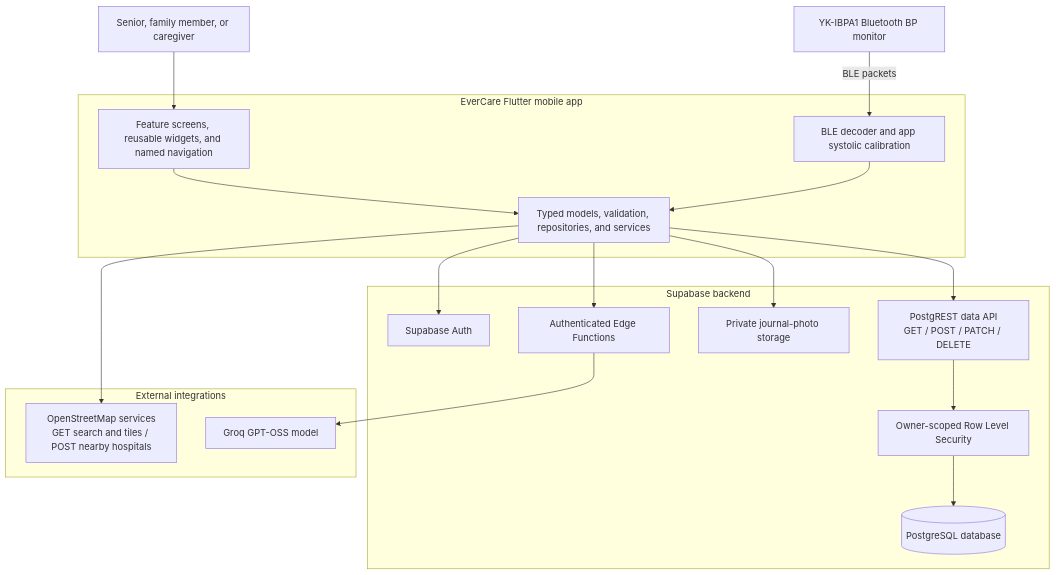
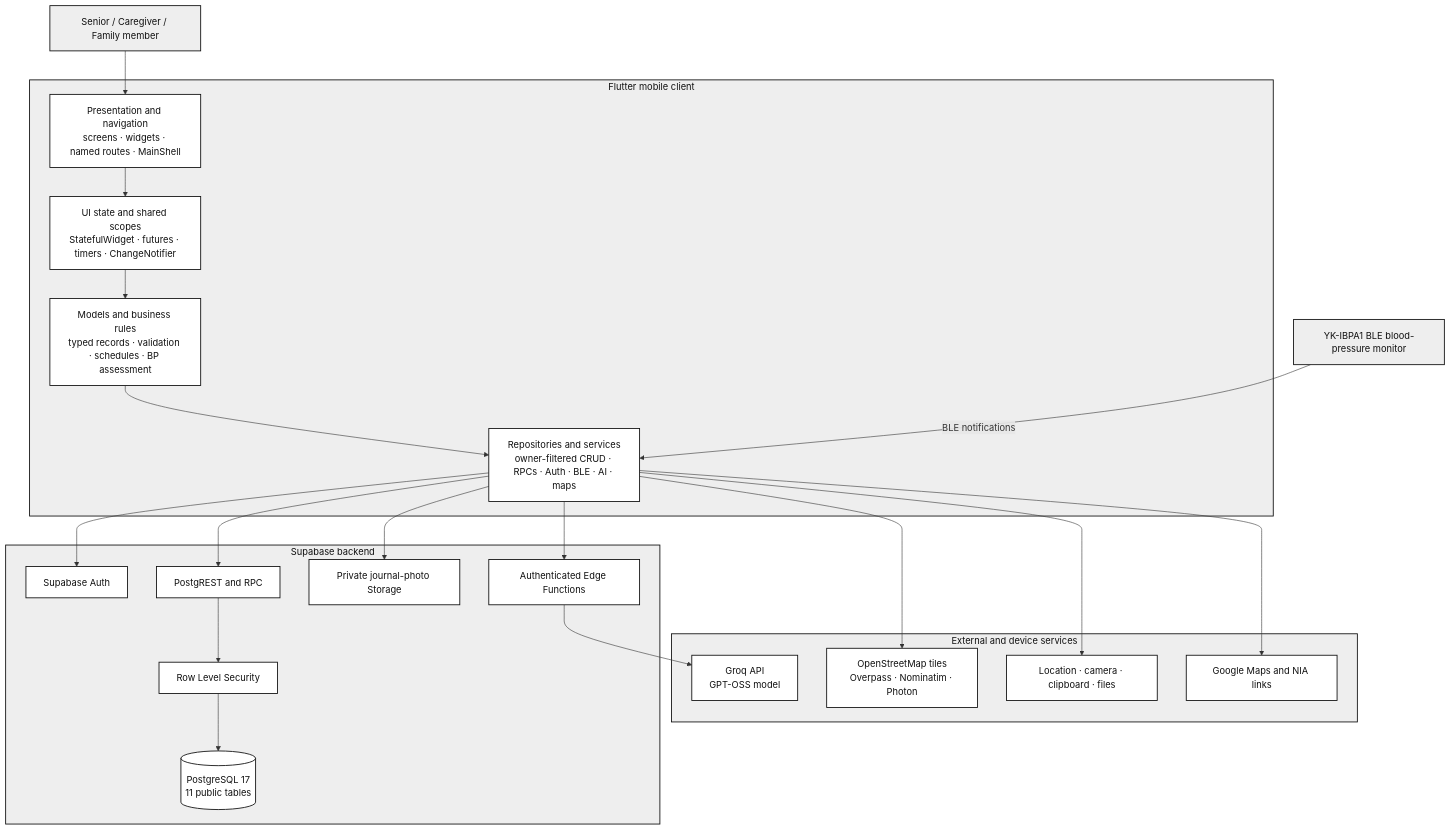
The diagram in docs/week 6/system_architecture.mmd (Brentttttttt/evercare), drawn with Mermaid before and after one commit. The commit also changed 4202 other files, not shown here.

```diff
--- a/docs/week 6/system_architecture.mmd
+++ b/docs/week 6/system_architecture.mmd
@@ -1,35 +1,47 @@
-flowchart TD
-  person[Senior, family member, or caregiver] --> ui
+%% Editable monochrome summary. The print-ready PNG is generated by
+%% docs/system_documentation/generate_diagrams.py.
+flowchart TB
+  people[Senior / Caregiver / Family member]
+  monitor[YK-IBPA1 BLE blood-pressure monitor]
 
-  subgraph mobile[EverCare Flutter mobile app]
-    ui[Feature screens, reusable widgets, and named navigation]
-    logic[Typed models, validation, repositories, and services]
-    bp[BLE decoder and app systolic calibration]
-    ui --> logic
-    bp --> logic
+  subgraph client[Flutter mobile client]
+    ui[Presentation and navigation<br/>screens · widgets · named routes · MainShell]
+    state[UI state and shared scopes<br/>StatefulWidget · futures · timers · ChangeNotifier]
+    domain[Models and business rules<br/>typed records · validation · schedules · BP assessment]
+    access[Repositories and services<br/>owner-filtered CRUD · RPCs · Auth · BLE · AI · maps]
+    ui --> state --> domain --> access
   end
 
-  monitor[YK-IBPA1 Bluetooth BP monitor] -->|BLE packets| bp
+  people --> ui
+  monitor -->|BLE notifications| access
 
-  subgraph backend[Supabase backend]
+  subgraph supabase[Supabase backend]
     auth[Supabase Auth]
-    rest[PostgREST data API\nGET / POST / PATCH / DELETE]
-    rls[Owner-scoped Row Level Security]
-    db[(PostgreSQL database)]
-    storage[Private journal-photo storage]
+    api[PostgREST and RPC]
+    rls[Row Level Security]
+    db[(PostgreSQL 17<br/>11 public tables)]
+    storage[Private journal-photo Storage]
     edge[Authenticated Edge Functions]
-    rest --> rls --> db
+    api --> rls --> db
   end
 
-  logic --> auth
-  logic --> rest
-  logic --> storage
-  logic --> edge
-
-  subgraph external[External integrations]
-    maps[OpenStreetMap services\nGET search and tiles / POST nearby hospitals]
-    groq[Groq GPT-OSS model]
+  subgraph external[External and device services]
+    osm[OpenStreetMap tiles<br/>Overpass · Nominatim · Photon]
+    groq[Groq API<br/>GPT-OSS model]
+    platform[Location · camera · clipboard · files]
+    links[Google Maps and NIA links]
   end
 
-  logic --> maps
+  access --> auth
+  access --> api
+  access --> storage
+  access --> edge
+  access --> osm
+  access --> platform
+  access --> links
   edge --> groq
+
+  classDef bw fill:#ffffff,stroke:#111111,color:#111111,stroke-width:1.5px;
+  classDef managed fill:#eeeeee,stroke:#111111,color:#111111,stroke-width:1.5px;
+  class people,monitor,client,supabase,external managed;
+  class ui,state,domain,access,auth,api,rls,db,storage,edge,osm,groq,platform,links bw;
```
